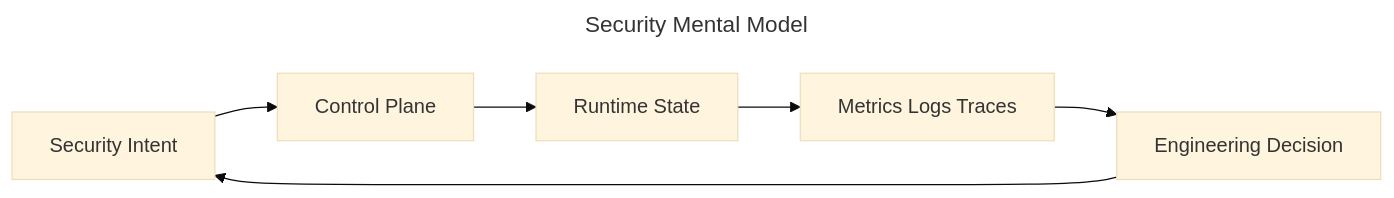
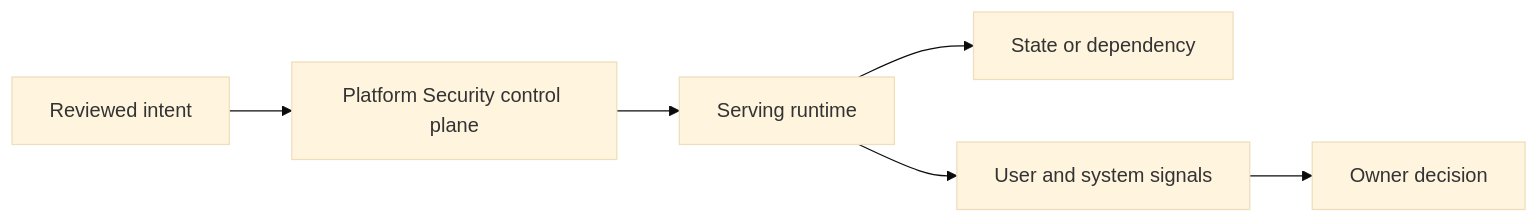
One commit to m1mohamad/devops-sre-prep changed the first of 2 diagrams in docs/chapters/security.md. Above: the diagram before and after it, drawn with Mermaid (base theme). The commit also changed other lines of this file and 100 other files, not shown here.

Commit message:
Replace generated scaffolding with study-ready platform engineering content

````diff
--- a/docs/chapters/security.md
+++ b/docs/chapters/security.md
@@ -10,11 +15,8 @@
 ```mermaid
----
-title: Security Mental Model
----
 flowchart LR
-  Intent[Security Intent] --> Control[Control Plane]
-  Control --> Runtime[Runtime State]
-  Runtime --> Signals[Metrics Logs Traces]
-  Signals --> Decision[Engineering Decision]
-  Decision --> Intent
+  Intent[Reviewed intent] --> Control[Platform Security control plane]
+  Control --> Runtime[Serving runtime]
+  Runtime --> Dependency[State or dependency]
+  Runtime --> Signals[User and system signals]
+  Signals --> Owner[Owner decision]
 ```
````
